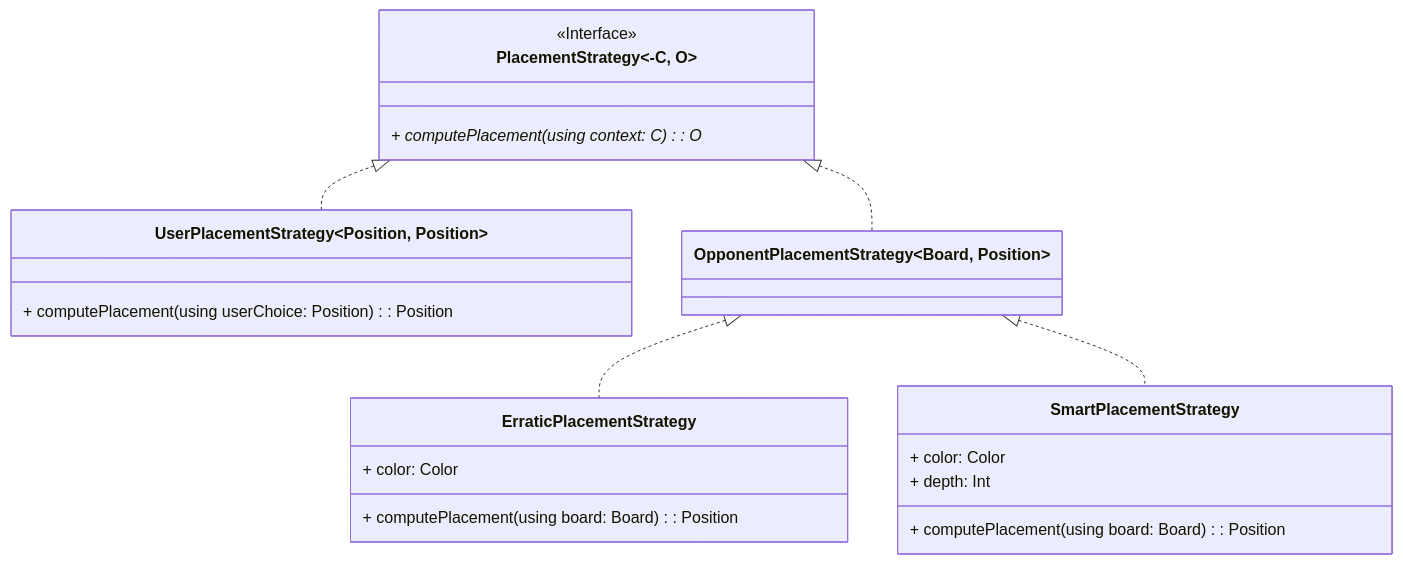
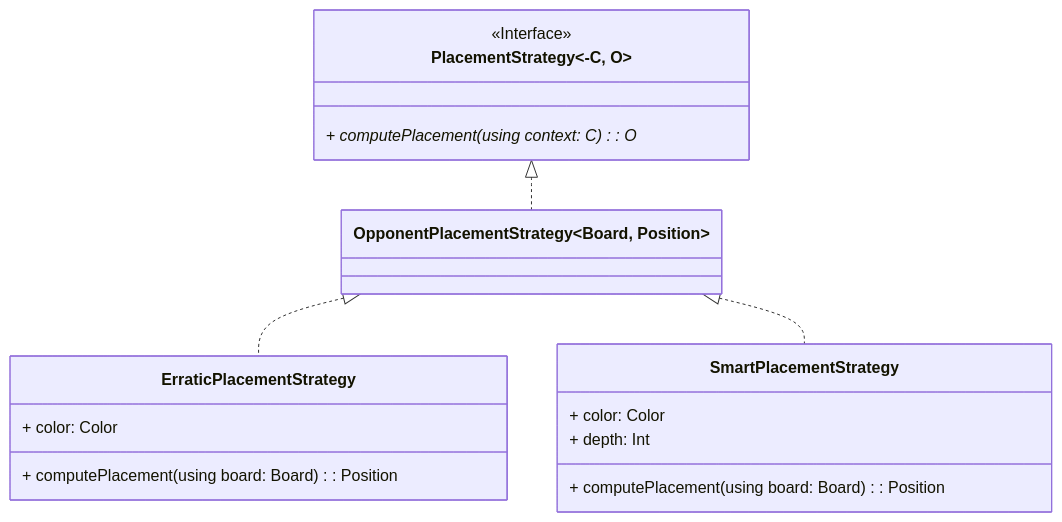
The third of 11 diagrams in docs/report/4-detailed-design.md (Borgotto/PPS-25-scalatello), drawn with Mermaid before and after one commit. The commit also changed other lines of this file, not shown here.

Commit message:
Update my section of detailed design about SaveManager, Strategy and Player

````diff
--- a/docs/report/4-detailed-design.md
+++ b/docs/report/4-detailed-design.md
@@ -81,25 +77,21 @@
 ```mermaid
 classDiagram
     class PlacementStrategy~-C, O~ <<Interface>> {
         + computePlacement(using context: C)*: O
-    }
-    class UserPlacementStrategy~Position, Position~ {
-        + computePlacement(using userChoice: Position): Position
     }
     class OpponentPlacementStrategy ~Board, Position~ {
     }
     class ErraticPlacementStrategy {
         + color: Color
         + computePlacement(using board: Board): Position
     }
     class SmartPlacementStrategy {
         + color: Color
         + depth: Int
         + computePlacement(using board: Board): Position
     }
 
-    PlacementStrategy <|.. UserPlacementStrategy
     PlacementStrategy <|.. OpponentPlacementStrategy
     OpponentPlacementStrategy <|.. ErraticPlacementStrategy
     OpponentPlacementStrategy <|.. SmartPlacementStrategy
 ```
````
